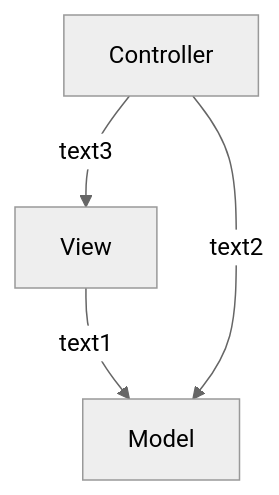
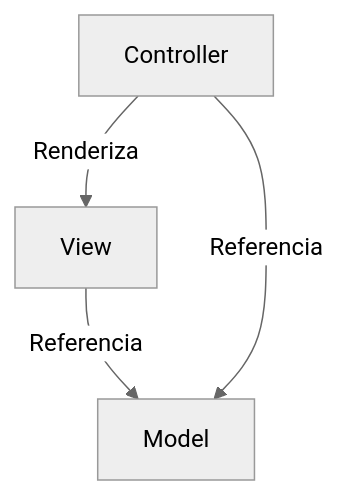
One commit to rafsp/Graduacao_FIAP changed the diagram in Advanced-Business-Development-with-.NET/1º-Semestre/Aula-07-%2D-Projeto-MVC-e-Persistência-de-Dados-com-Entity-Framework-DbContext/MVC-%2D-Model,-View,-Controller/Introdução.md. Above: the diagram before and after it, drawn with Mermaid (neutral theme).

Commit message:
Updated Introdução

```diff
--- a/Advanced-Business-Development-with-.NET/1º-Semestre/Aula-07-%2D-Projeto-MVC-e-Persistência-de-Dados-com-Entity-Framework-DbContext/MVC-%2D-Model,-View,-Controller/Introdução.md
+++ b/Advanced-Business-Development-with-.NET/1º-Semestre/Aula-07-%2D-Projeto-MVC-e-Persistência-de-Dados-com-Entity-Framework-DbContext/MVC-%2D-Model,-View,-Controller/Introdução.md
@@ -6,4 +6,4 @@
 ::: mermaid
  graph TD; 
- View-->|text1|Model; Controller-->|text2|Model; Controller-->|text3|View;
+ View-->|Referencia|Model; Controller-->|Referencia|Model; Controller-->|Renderiza|View;
 :::
```
